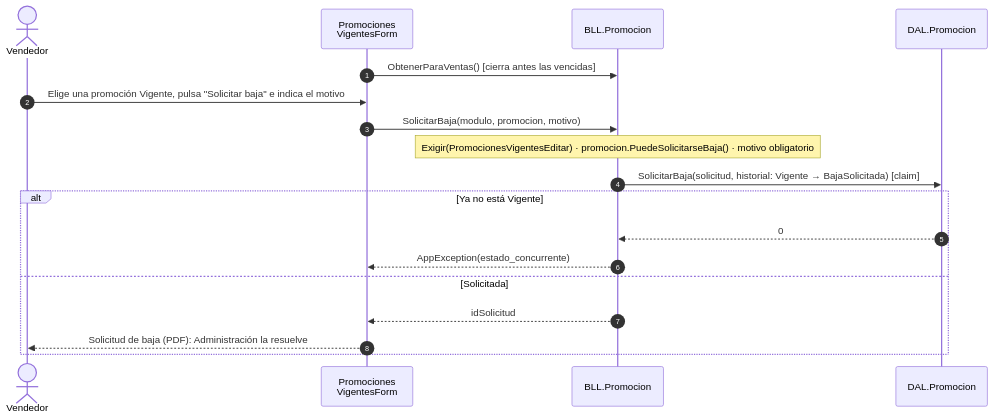
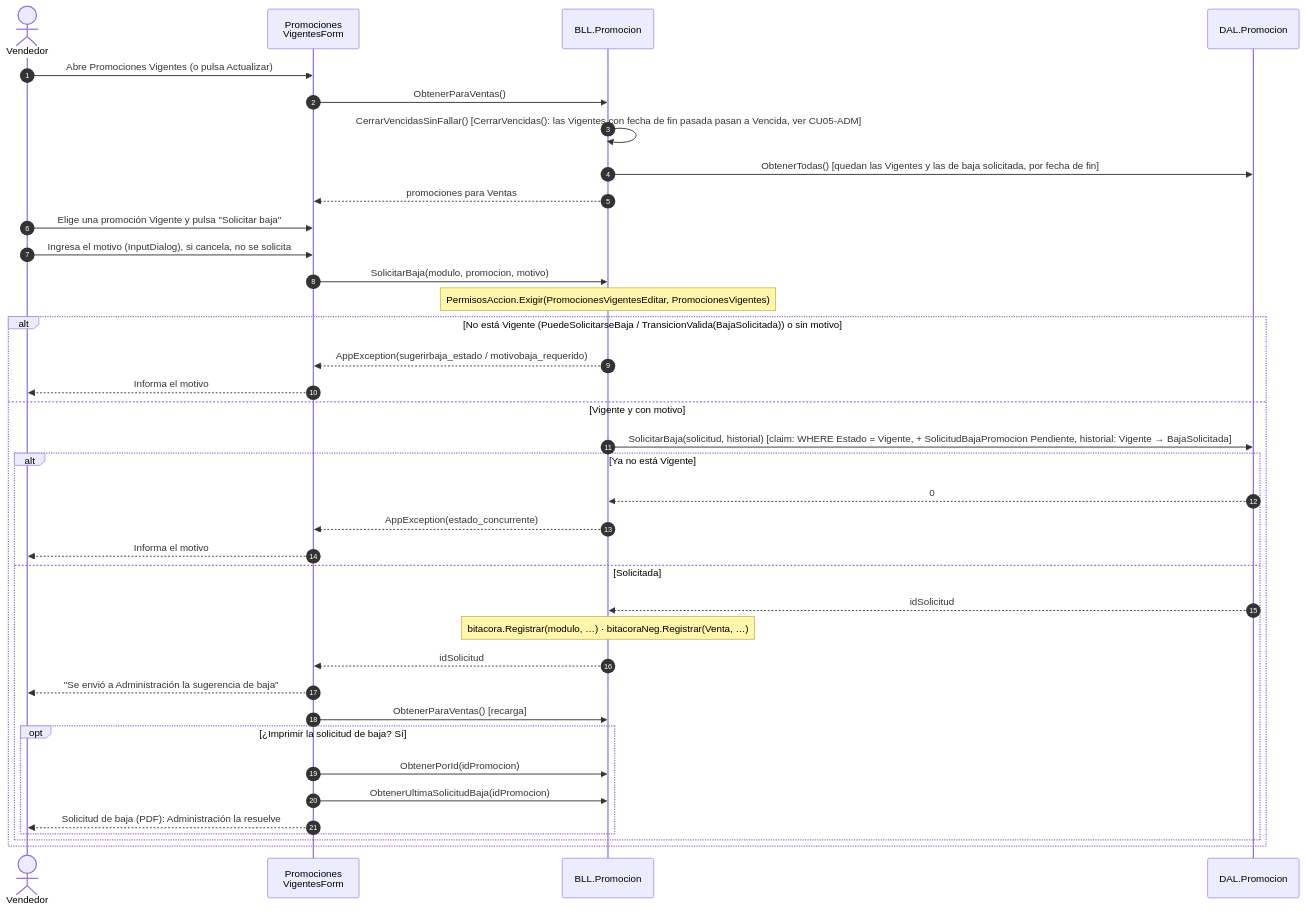
Before and after one commit to valentinamorana/Trabajo-de-Diploma: the diagram in docs/diagramas/mermaid/DSS_PN03_CU01_VEN_SugerirBaja.mmd, drawn with Mermaid. The commit also changed 183 other files, not shown here.

First line of the commit message:
Correcciones de la auditoria del 06/10: pedidos, contrataciones (cuotas, upgrade, anular), promociones, N01, moneda en pesos y menos PDF

```diff
--- a/docs/diagramas/mermaid/DSS_PN03_CU01_VEN_SugerirBaja.mmd
+++ b/docs/diagramas/mermaid/DSS_PN03_CU01_VEN_SugerirBaja.mmd
@@ -1,18 +1,37 @@
 sequenceDiagram
   autonumber
   actor V as Vendedor
   participant F as Promociones<br/>VigentesForm
   participant B as BLL.Promocion
   participant D as DAL.Promocion
-  F->>B: ObtenerParaVentas()  [cierra antes las vencidas]
-  V->>F: Elige una promoción Vigente, pulsa "Solicitar baja" e indica el motivo
+  V->>F: Abre Promociones Vigentes (o pulsa Actualizar)
+  F->>B: ObtenerParaVentas()
+  B->>B: CerrarVencidasSinFallar()  [CerrarVencidas(): las Vigentes con fecha de fin pasada pasan a Vencida, ver CU05-ADM]
+  B->>D: ObtenerTodas()  [quedan las Vigentes y las de baja solicitada, por fecha de fin]
+  B-->>F: promociones para Ventas
+  V->>F: Elige una promoción Vigente y pulsa "Solicitar baja"
+  V->>F: Ingresa el motivo (InputDialog), si cancela, no se solicita
   F->>B: SolicitarBaja(modulo, promocion, motivo)
-  Note over B: Exigir(PromocionesVigentesEditar) · promocion.PuedeSolicitarseBaja() · motivo obligatorio
-  B->>D: SolicitarBaja(solicitud, historial: Vigente → BajaSolicitada)  [claim]
-  alt Ya no está Vigente
-    D-->>B: 0
-    B-->>F: AppException(estado_concurrente)
-  else Solicitada
-    B-->>F: idSolicitud
-    F-->>V: Solicitud de baja (PDF): Administración la resuelve
+  Note over B: PermisosAccion.Exigir(PromocionesVigentesEditar, PromocionesVigentes)
+  alt No está Vigente (PuedeSolicitarseBaja / TransicionValida(BajaSolicitada)) o sin motivo
+    B-->>F: AppException(sugerirbaja_estado / motivobaja_requerido)
+    F-->>V: Informa el motivo
+  else Vigente y con motivo
+    B->>D: SolicitarBaja(solicitud, historial)  [claim: WHERE Estado = Vigente, + SolicitudBajaPromocion Pendiente, historial: Vigente → BajaSolicitada]
+    alt Ya no está Vigente
+      D-->>B: 0
+      B-->>F: AppException(estado_concurrente)
+      F-->>V: Informa el motivo
+    else Solicitada
+      D-->>B: idSolicitud
+      Note over B: bitacora.Registrar(modulo, …) · bitacoraNeg.Registrar(Venta, …)
+      B-->>F: idSolicitud
+      F-->>V: "Se envió a Administración la sugerencia de baja"
+      F->>B: ObtenerParaVentas()  [recarga]
+      opt ¿Imprimir la solicitud de baja? Sí
+        F->>B: ObtenerPorId(idPromocion)
+        F->>B: ObtenerUltimaSolicitudBaja(idPromocion)
+        F-->>V: Solicitud de baja (PDF): Administración la resuelve
+      end
+    end
   end
```
